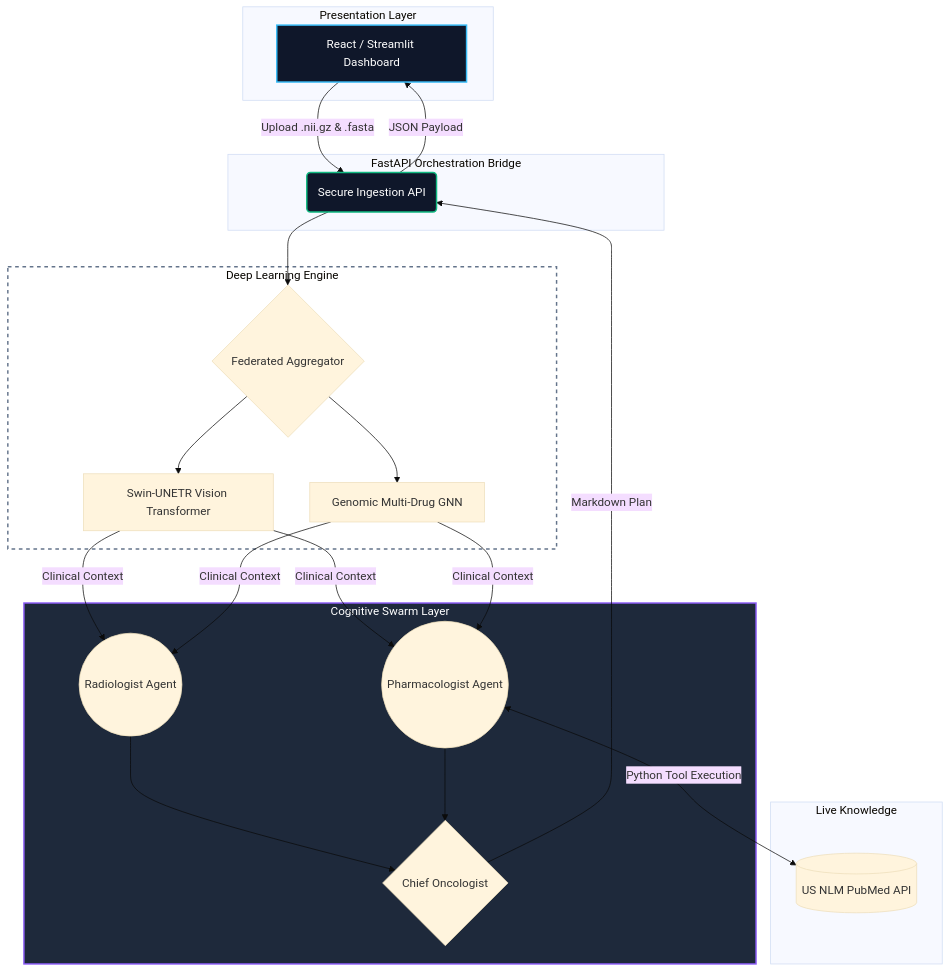
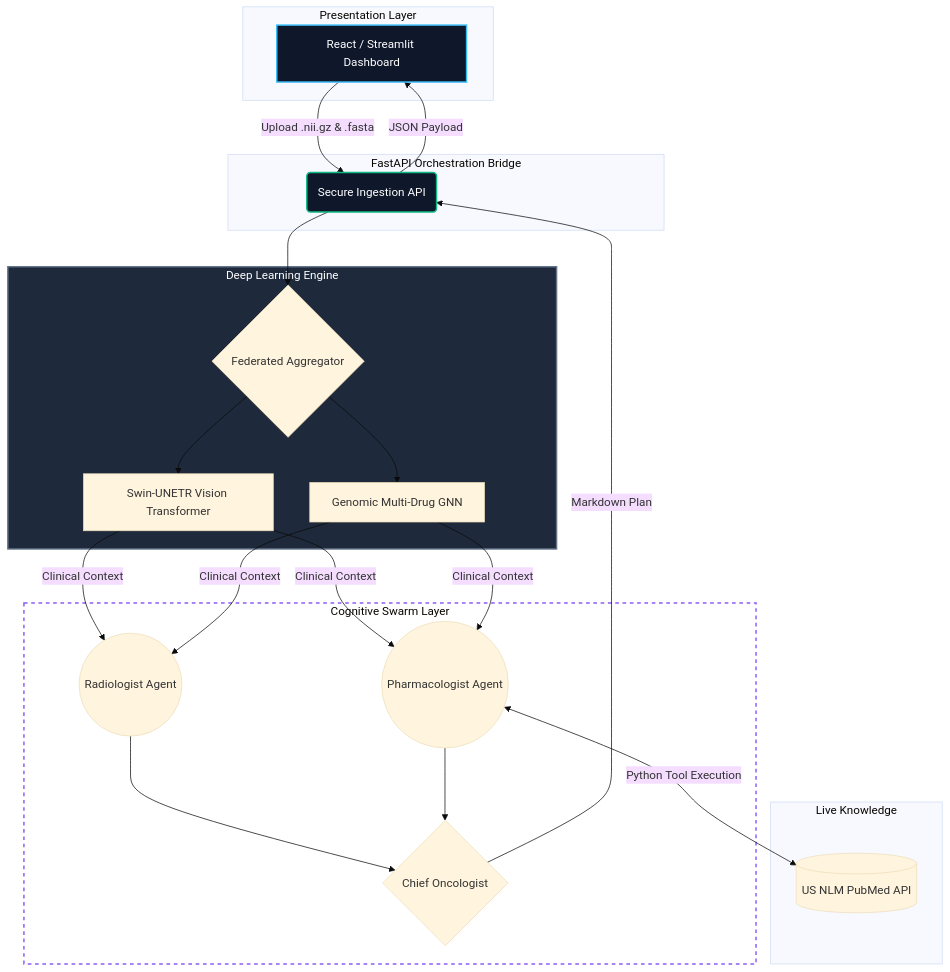
One commit to Arjo216/Medica-Empower-Pro changed the diagram in README.md. Above: the diagram before and after it, drawn with Mermaid (base theme).

Commit message:
Update styles for Perception and Cognition in README

````diff
--- a/README.md
+++ b/README.md
@@ -29,41 +29,41 @@
 ```mermaid
 graph TD
     subgraph Frontend [Presentation Layer]
         A[React / Streamlit Dashboard]
     end
 
     subgraph Backend [FastAPI Orchestration Bridge]
         B(Secure Ingestion API)
     end
 
     subgraph Perception [Deep Learning Engine]
         C{Federated Aggregator}
         D[Swin-UNETR Vision Transformer]
         E[Genomic Multi-Drug GNN]
     end
 
     subgraph Cognition [Cognitive Swarm Layer]
         F((Radiologist Agent))
         G((Pharmacologist Agent))
         H{Chief Oncologist}
     end
 
     subgraph External [Live Knowledge]
         I[(US NLM PubMed API)]
     end
 
     A -->|Upload .nii.gz & .fasta| B
     B --> C
     C --> D & E
     D & E -->|Clinical Context| F & G
     G <-->|Python Tool Execution| I
     F --> H
     G --> H
     H -->|Markdown Plan| B
     B -->|JSON Payload| A
 
     style A fill:#0f172a,stroke:#38bdf8,stroke-width:2px,color:#fff
     style B fill:#0f172a,stroke:#10b981,stroke-width:2px,color:#fff
-    style Perception fill:transparent,stroke:#64748b,stroke-width:2px,stroke-dasharray: 5 5
-    style Cognition fill:#1e293b,stroke:#8b5cf6,stroke-width:2px,color:#fff
+    style Perception fill:#1e293b,stroke:#64748b,stroke-width:2px,color:#fff
+    style Cognition fill:transparent,stroke:#8b5cf6,stroke-width:2px,stroke-dasharray: 5 5
 ```
````
